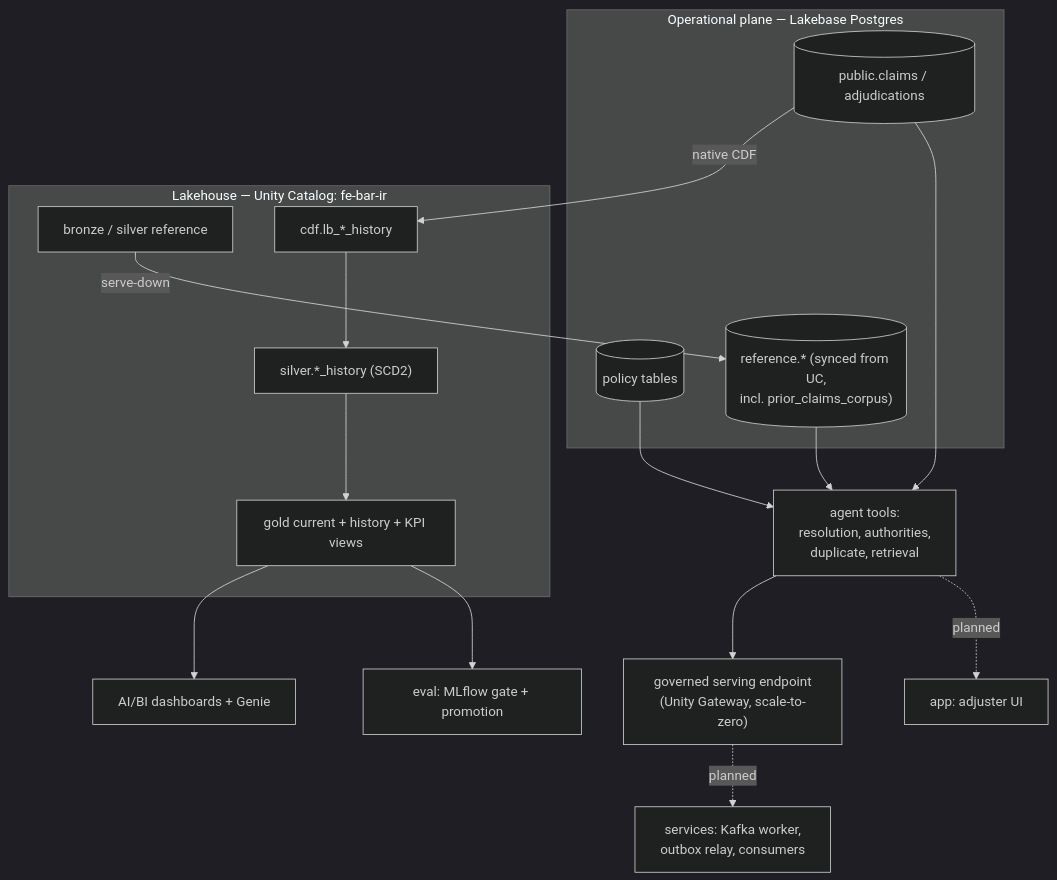
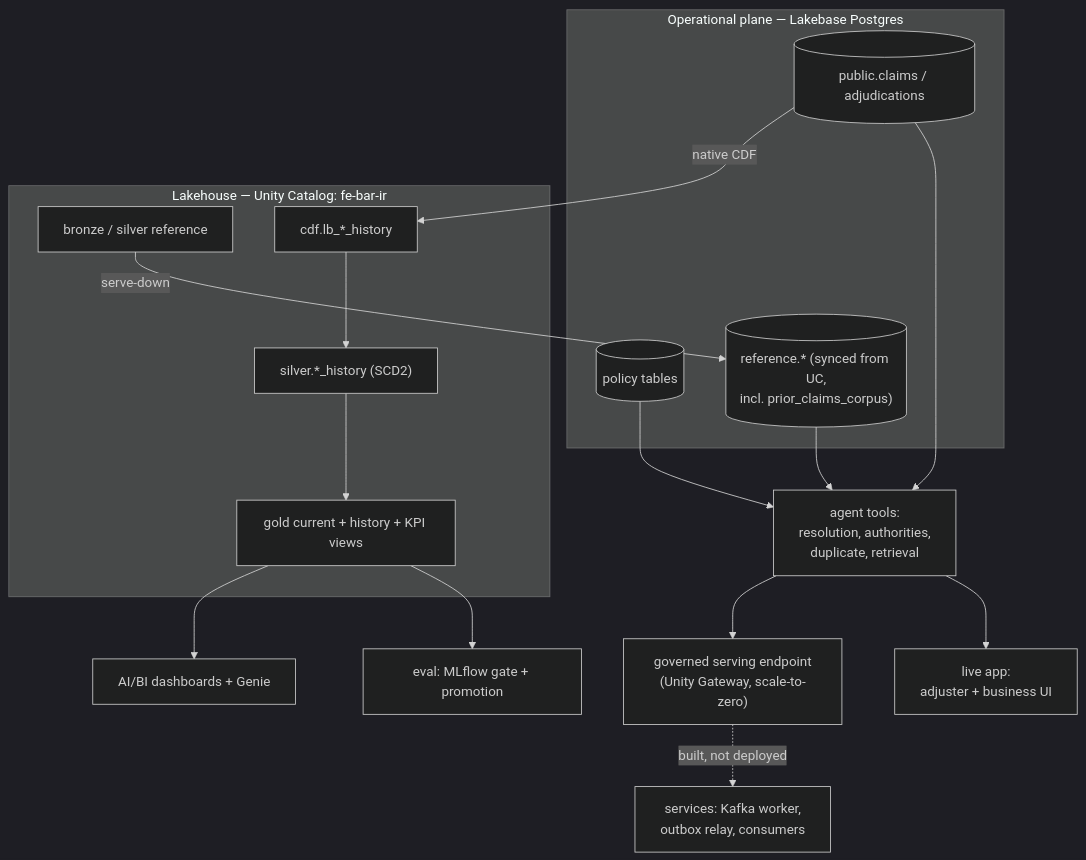
Before and after one commit to Irtebat/claims-adjudication-agent-demo: the diagram in docs/README.md, drawn with Mermaid (dark theme). The commit also changed 19 other files, not shown here.

````diff
--- a/docs/README.md
+++ b/docs/README.md
@@ -20,27 +20,27 @@
 ```mermaid
 flowchart TB
   subgraph OLTP["Operational plane — Lakebase Postgres"]
     claims[("public.claims / adjudications")]
     policy[("policy tables")]
     ref[("reference.* (synced from UC,<br/>incl. prior_claims_corpus)")]
   end
   subgraph LH["Lakehouse — Unity Catalog: fe-bar-ir"]
     refsrc["bronze / silver reference"]
     cdfland["cdf.lb_*_history"]
     silverh["silver.*_history (SCD2)"]
     gold["gold current + history + KPI views"]
   end
   agent["agent tools:<br/>resolution, authorities,<br/>duplicate, retrieval"]
   endpoint["governed serving endpoint<br/>(Unity Gateway, scale-to-zero)"]
 
   refsrc -- "serve-down" --> ref
   claims -- "native CDF" --> cdfland --> silverh --> gold
   policy --> agent
   ref --> agent
   claims --> agent
   agent --> endpoint
   gold --> dash["AI/BI dashboards + Genie"]
   gold --> evalx["eval: MLflow gate + promotion"]
-  agent -. planned .-> app["app: adjuster UI"]
-  endpoint -. planned .-> svc["services: Kafka worker,<br/>outbox relay, consumers"]
+  agent --> app["live app:<br/>adjuster + business UI"]
+  endpoint -. "built, not deployed" .-> svc["services: Kafka worker,<br/>outbox relay, consumers"]
 ```
````
